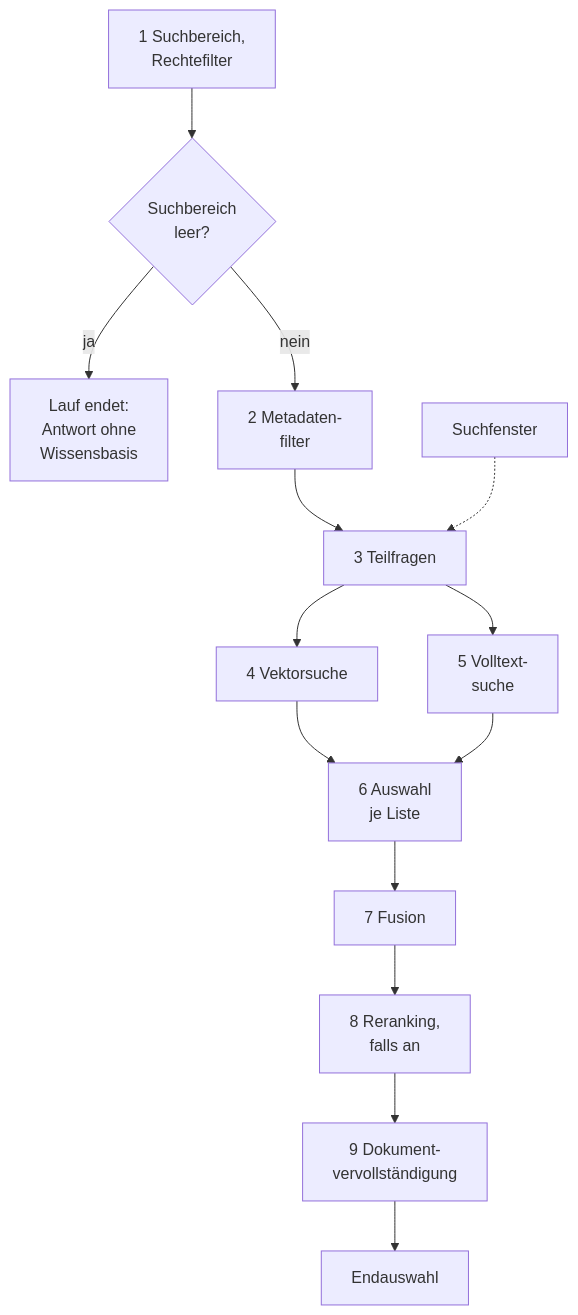
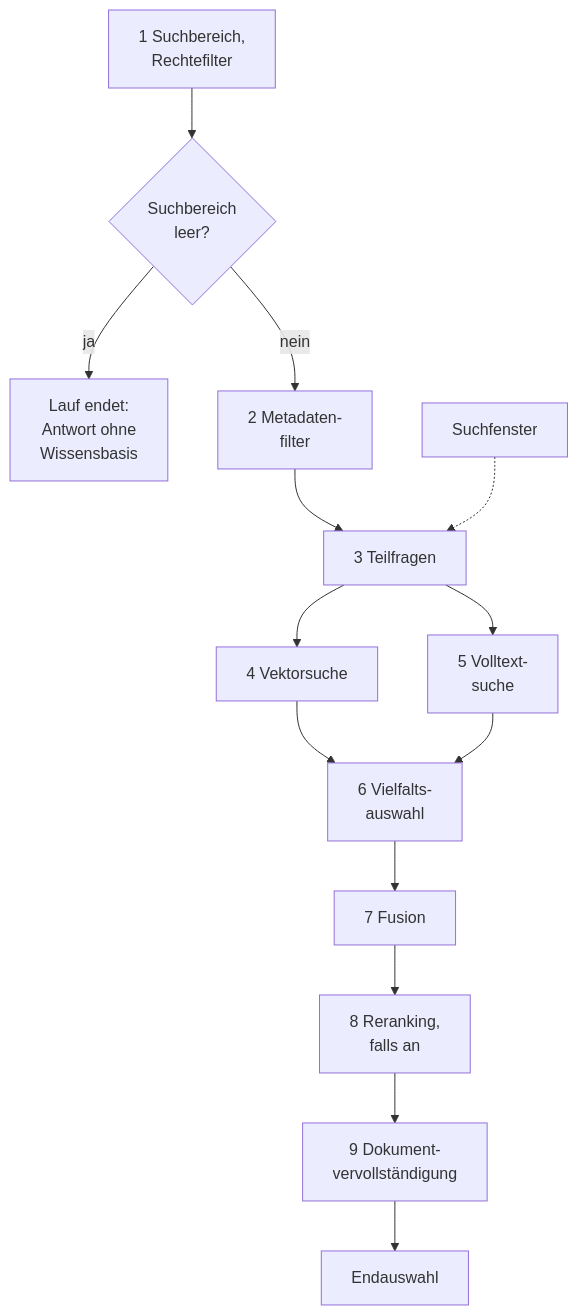
The third of 4 diagrams in docs/handbuch/suche.md (criew/opaa), drawn with Mermaid before and after one commit. The commit also changed other lines of this file and 19 other files, not shown here.

````diff
--- a/docs/handbuch/suche.md
+++ b/docs/handbuch/suche.md
@@ -195,16 +195,16 @@
 ```mermaid
 flowchart TB
     S1[1 Suchbereich,<br/>Rechtefilter] --> Q{Suchbereich<br/>leer?}
     Q -- ja --> H[Lauf endet:<br/>Antwort ohne<br/>Wissensbasis]
     Q -- nein --> S2[2 Metadaten-<br/>filter]
     S2 --> S3[3 Teilfragen]
     V[Suchfenster] -.-> S3
     S3 --> S4[4 Vektorsuche]
     S3 --> S5[5 Volltext-<br/>suche]
-    S4 --> S6[6 Auswahl<br/>je Liste]
+    S4 --> S6[6 Vielfalts-<br/>auswahl]
     S5 --> S6
     S6 --> S7[7 Fusion]
     S7 --> S8[8 Reranking,<br/>falls an]
     S8 --> S9[9 Dokument-<br/>vervollständigung]
     S9 --> E[Endauswahl]
 ```
````
